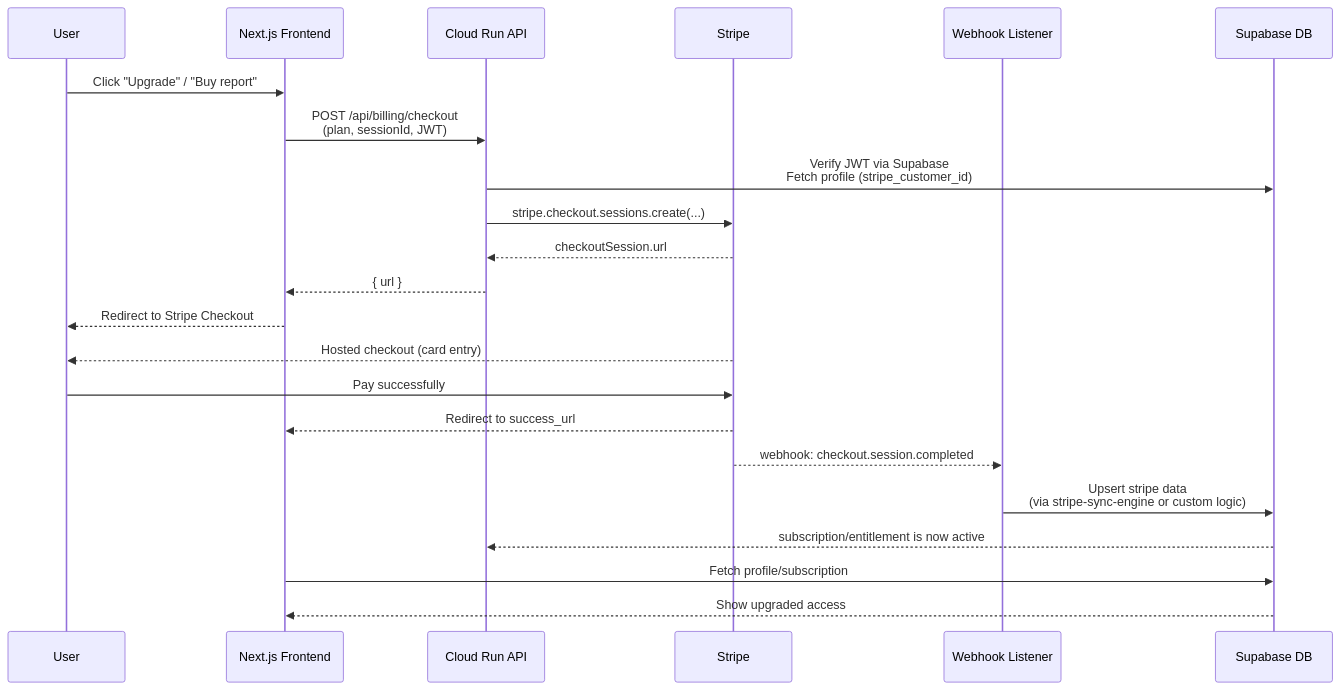
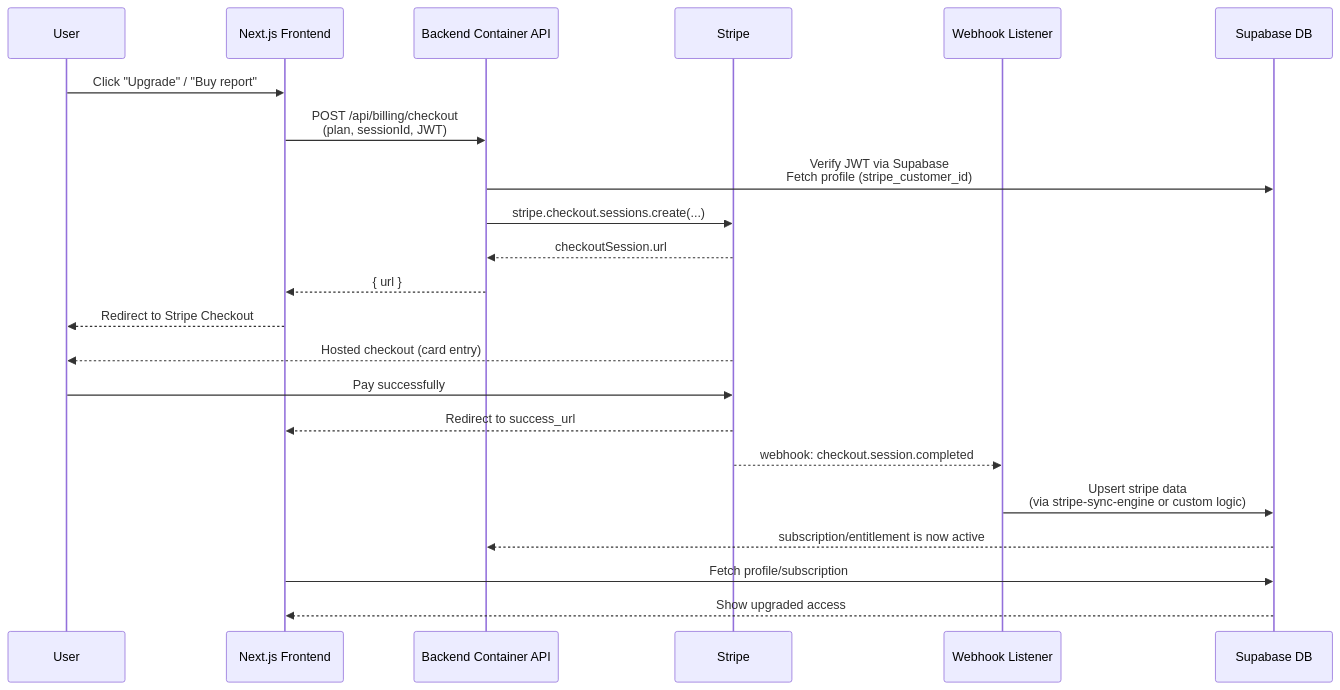
Before and after one commit to songyinggoh/renovation-agent-monorepo: the third of 5 diagrams in docs/notion/Authentication and Payments Architecture.md, drawn with Mermaid. The commit also changed other lines of this file and 15 other files, not shown here.

````diff
--- a/docs/notion/Authentication and Payments Architecture.md
+++ b/docs/notion/Authentication and Payments Architecture.md
@@ -161,28 +161,28 @@
 ```mermaid
 sequenceDiagram
   participant U as User
   participant FE as Next.js Frontend
-  participant API as Cloud Run API
+  participant API as Backend Container API
   participant STR as Stripe
   participant WH as Webhook Listener
   participant DB as Supabase DB
 
   U->>FE: Click "Upgrade" / "Buy report"
   FE->>API: POST /api/billing/checkout<br/>(plan, sessionId, JWT)
   API->>DB: Verify JWT via Supabase<br/>Fetch profile (stripe_customer_id)
   API->>STR: stripe.checkout.sessions.create(...)
   STR-->>API: checkoutSession.url
   API-->>FE: { url }
   FE-->>U: Redirect to Stripe Checkout
 
   STR-->>U: Hosted checkout (card entry)
   U->>STR: Pay successfully
 
   STR-->>FE: Redirect to success_url
   STR-->>WH: webhook: checkout.session.completed
   WH->>DB: Upsert stripe data<br/>(via stripe-sync-engine or custom logic)
   DB-->>API: subscription/entitlement is now active
   FE->>DB: Fetch profile/subscription
   DB-->>FE: Show upgraded access
 
 ```
````
